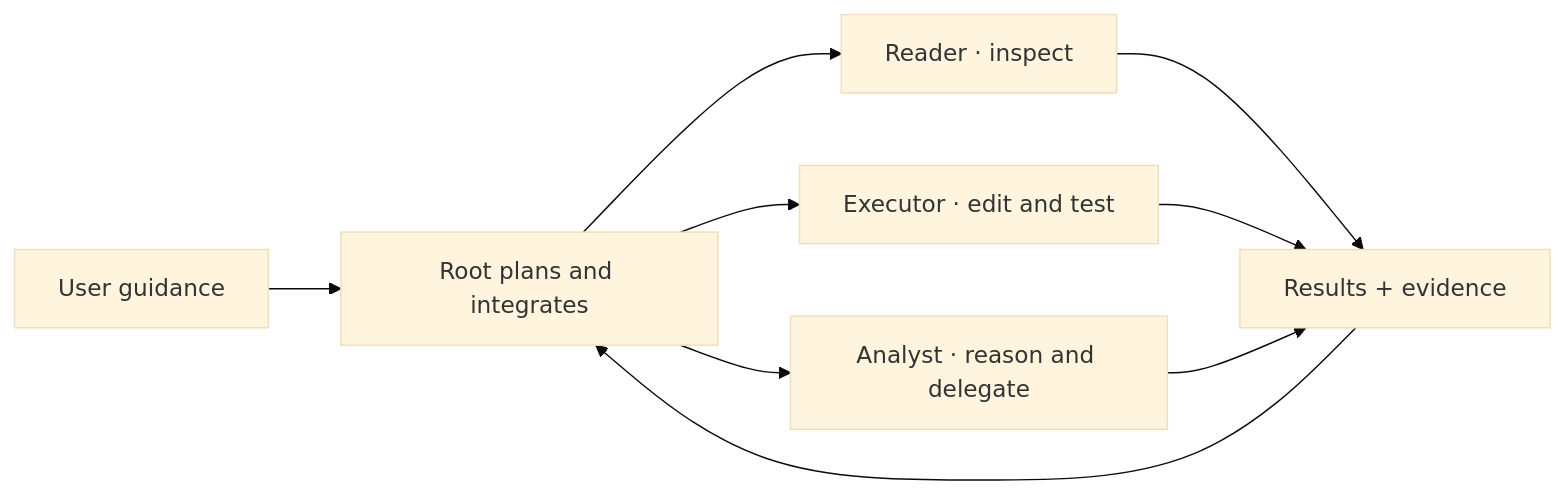
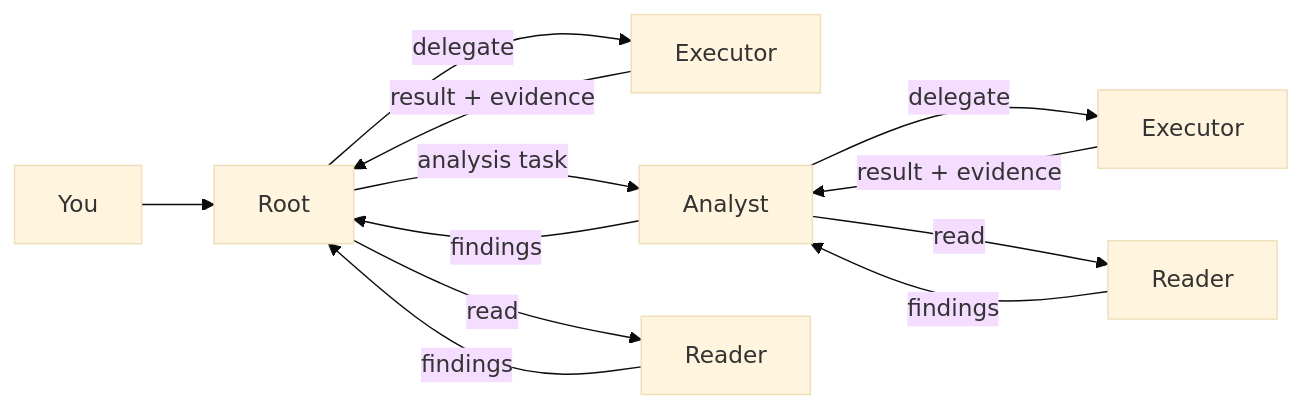
One commit to klarisaka/HCCA-Official changed the diagram in docs/ARCHITECTURE.md. Above: the diagram before and after it, drawn with Mermaid (base theme). The commit also changed other lines of this file and 11 other files, not shown here.

````diff
--- a/docs/ARCHITECTURE.md
+++ b/docs/ARCHITECTURE.md
@@ -16,11 +16,14 @@
 ```mermaid
 flowchart LR
-    U["User guidance"] --> R["Root plans and integrates"]
-    R --> A["Reader · inspect"]
-    R --> B["Executor · edit and test"]
-    R --> C["Analyst · reason and delegate"]
-    A --> S["Results + evidence"]
-    B --> S
-    C --> S
-    S --> R
+    U["You"] --> R["Root"]
+    R -->|delegate| ER["Executor"]
+    ER -->|result + evidence| R
+    R -->|analysis task| A["Analyst"]
+    A -->|findings| R
+    A -->|delegate| EA["Executor"]
+    EA -->|result + evidence| A
+    R -->|read| RR["Reader"]
+    RR -->|findings| R
+    A -->|read| RA["Reader"]
+    RA -->|findings| A
 ```
````
